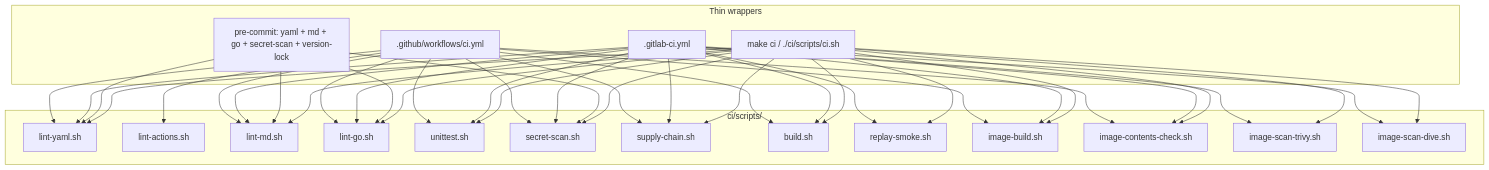
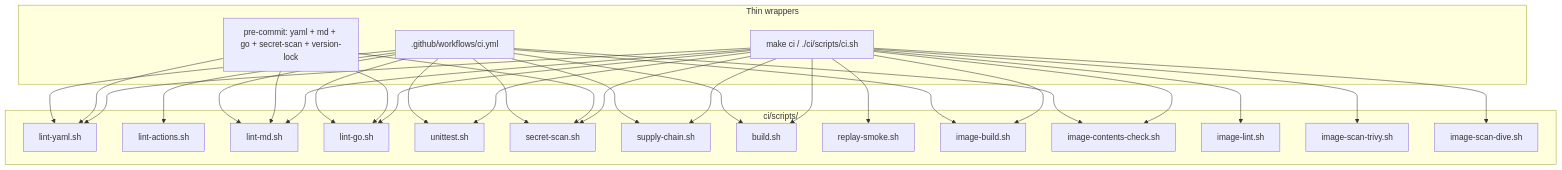
Before and after one commit to openshift-storage-cert/storage-cert-harness: the first of 2 diagrams in docs/ci.md, drawn with Mermaid. The commit also changed other lines of this file and 14 other files, not shown here.

````diff
--- a/docs/ci.md
+++ b/docs/ci.md
@@ -54,62 +50,51 @@
 ```mermaid
 flowchart TB
   subgraph wrappers [Thin wrappers]
     Local["make ci / ./ci/scripts/ci.sh"]
     PreCommit["pre-commit: yaml + md + go + secret-scan + version-lock"]
-    GitLab[".gitlab-ci.yml"]
     GHA[".github/workflows/ci.yml"]
   end
   subgraph scripts [ci/scripts/]
     LintYaml["lint-yaml.sh"]
     LintActions["lint-actions.sh"]
     LintMd["lint-md.sh"]
     LintGo["lint-go.sh"]
     Unittest["unittest.sh"]
     Secret["secret-scan.sh"]
     Supply["supply-chain.sh"]
     Build["build.sh"]
     Replay["replay-smoke.sh"]
     Image["image-build.sh"]
     ImageCheck["image-contents-check.sh"]
+    ImageLint["image-lint.sh"]
     ImageTrivy["image-scan-trivy.sh"]
     ImageDive["image-scan-dive.sh"]
   end
   Local --> LintYaml
   Local --> LintMd
   Local --> LintGo
   Local --> Unittest
   Local --> Secret
   Local --> Supply
   Local --> Build
   Local --> Replay
   Local --> Image
   Local --> ImageCheck
+  Local --> ImageLint
   Local --> ImageTrivy
   Local --> ImageDive
   PreCommit --> LintYaml
   GHA --> LintActions
   PreCommit --> LintMd
   PreCommit --> LintGo
   PreCommit --> Secret
-  GitLab --> LintYaml
-  GitLab --> LintMd
-  GitLab --> LintGo
-  GitLab --> Unittest
-  GitLab --> Secret
-  GitLab --> Supply
-  GitLab --> Build
-  GitLab --> Replay
-  GitLab --> Image
-  GitLab --> ImageCheck
-  GitLab --> ImageTrivy
-  GitLab --> ImageDive
   GHA --> LintYaml
   GHA --> LintMd
   GHA --> LintGo
   GHA --> Unittest
   GHA --> Secret
   GHA --> Supply
   GHA --> Build
   GHA --> Image
   GHA --> ImageCheck
 ```
````
